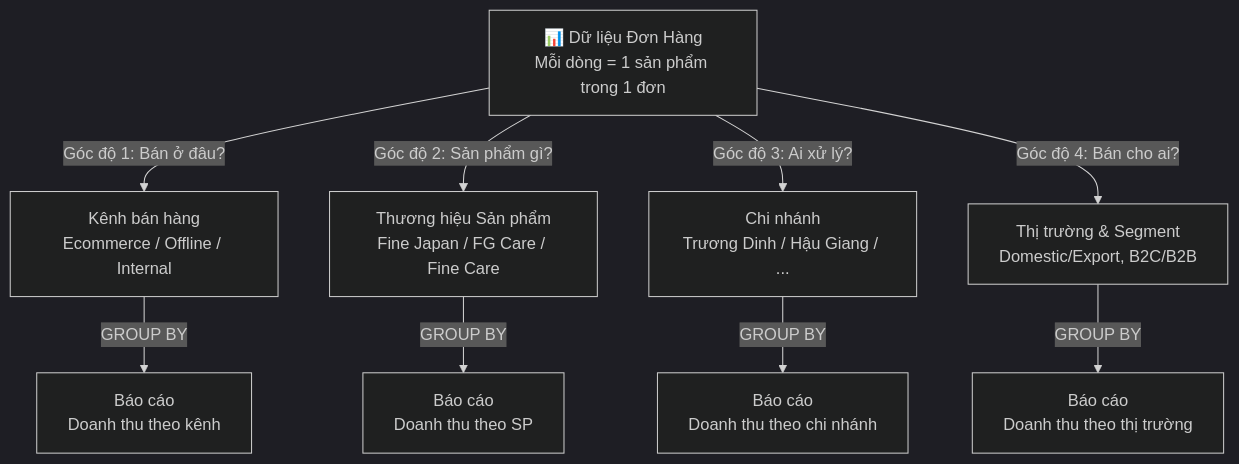
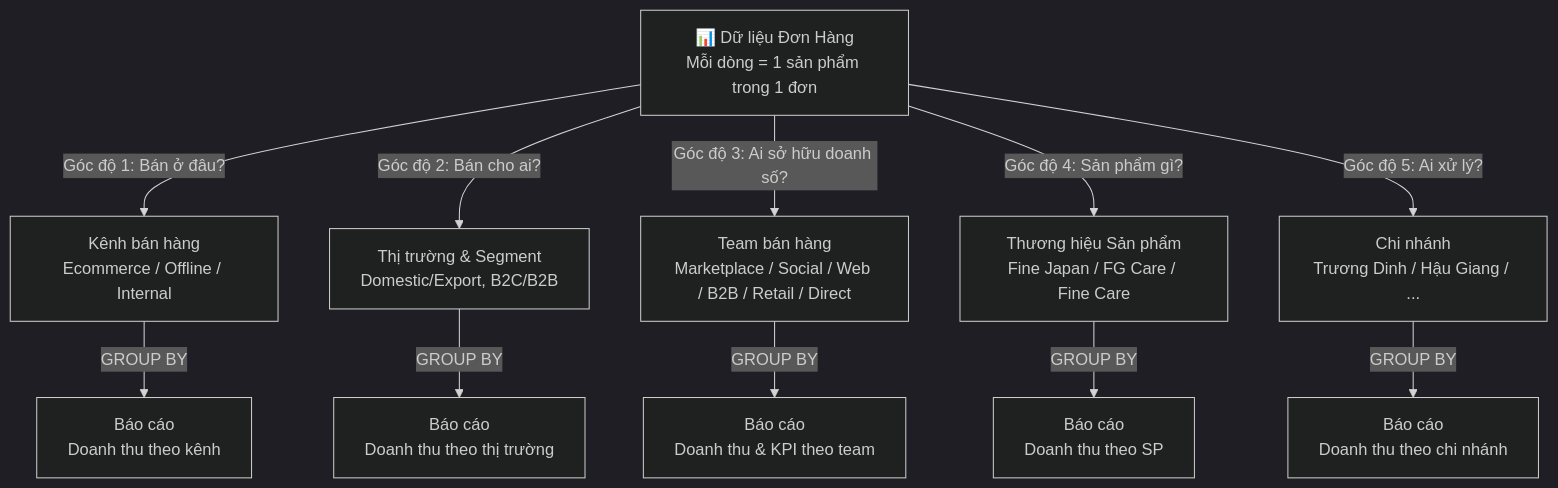
One commit to vantt/data-integration changed the first of 3 diagrams in docs/context/channel-classification.md. Above: the diagram before and after it, drawn with Mermaid (dark theme). The commit also changed other lines of this file and 24 other files, not shown here.

````diff
--- a/docs/context/channel-classification.md
+++ b/docs/context/channel-classification.md
@@ -35,14 +35,16 @@
 ```mermaid
 graph TD
     A["📊 Dữ liệu Đơn Hàng<br/>Mỗi dòng = 1 sản phẩm trong 1 đơn"]
-    
+
     A -->|Góc độ 1: Bán ở đâu?| B["Kênh bán hàng<br/>Ecommerce / Offline / Internal"]
-    A -->|Góc độ 2: Sản phẩm gì?| C["Thương hiệu Sản phẩm<br/>Fine Japan / FG Care / Fine Care"]
-    A -->|Góc độ 3: Ai xử lý?| D["Chi nhánh<br/>Trương Dinh / Hậu Giang / ..."]
-    A -->|Góc độ 4: Bán cho ai?| E["Thị trường & Segment<br/>Domestic/Export, B2C/B2B"]
-    
+    A -->|Góc độ 2: Bán cho ai?| E["Thị trường & Segment<br/>Domestic/Export, B2C/B2B"]
+    A -->|Góc độ 3: Ai sở hữu doanh số?| J["Team bán hàng<br/>Marketplace / Social / Web / B2B / Retail / Direct"]
+    A -->|Góc độ 4: Sản phẩm gì?| C["Thương hiệu Sản phẩm<br/>Fine Japan / FG Care / Fine Care"]
+    A -->|Góc độ 5: Ai xử lý?| D["Chi nhánh<br/>Trương Dinh / Hậu Giang / ..."]
+
     B -->|GROUP BY| F["Báo cáo<br/>Doanh thu theo kênh"]
+    E -->|GROUP BY| I["Báo cáo<br/>Doanh thu theo thị trường"]
+    J -->|GROUP BY| K["Báo cáo<br/>Doanh thu & KPI theo team"]
     C -->|GROUP BY| G["Báo cáo<br/>Doanh thu theo SP"]
     D -->|GROUP BY| H["Báo cáo<br/>Doanh thu theo chi nhánh"]
-    E -->|GROUP BY| I["Báo cáo<br/>Doanh thu theo thị trường"]
 ```
````
